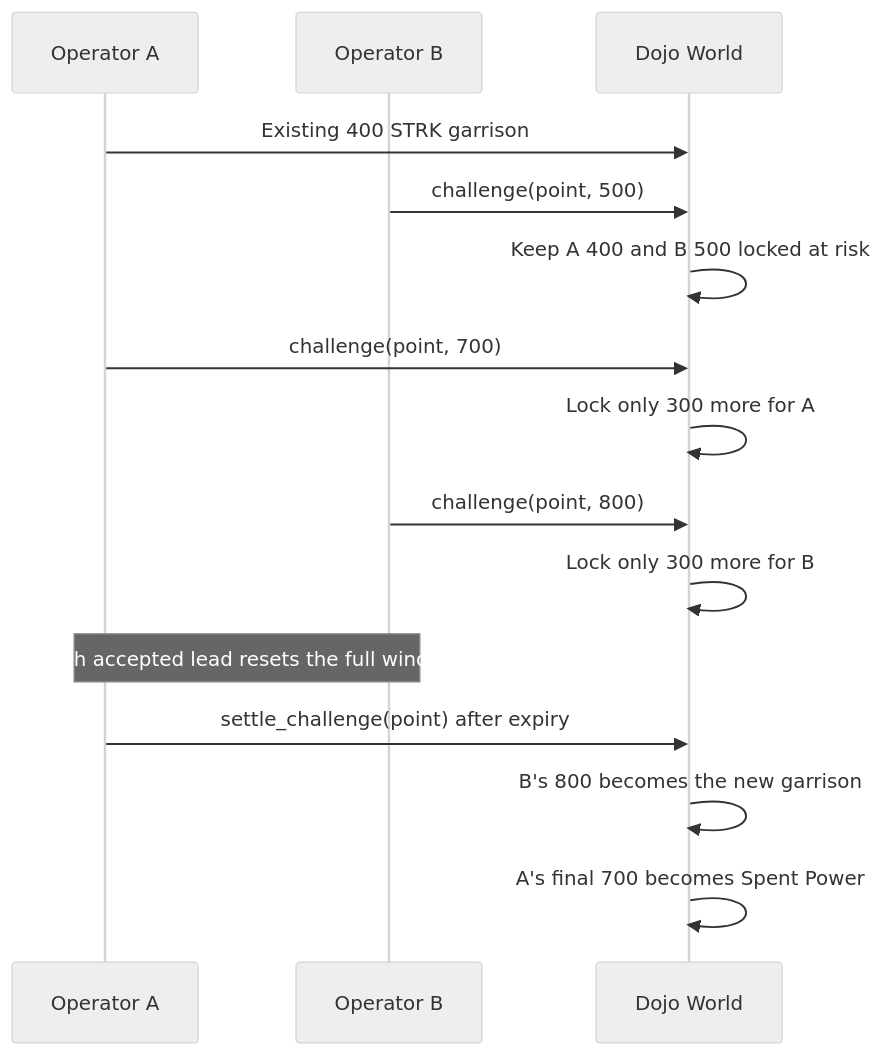
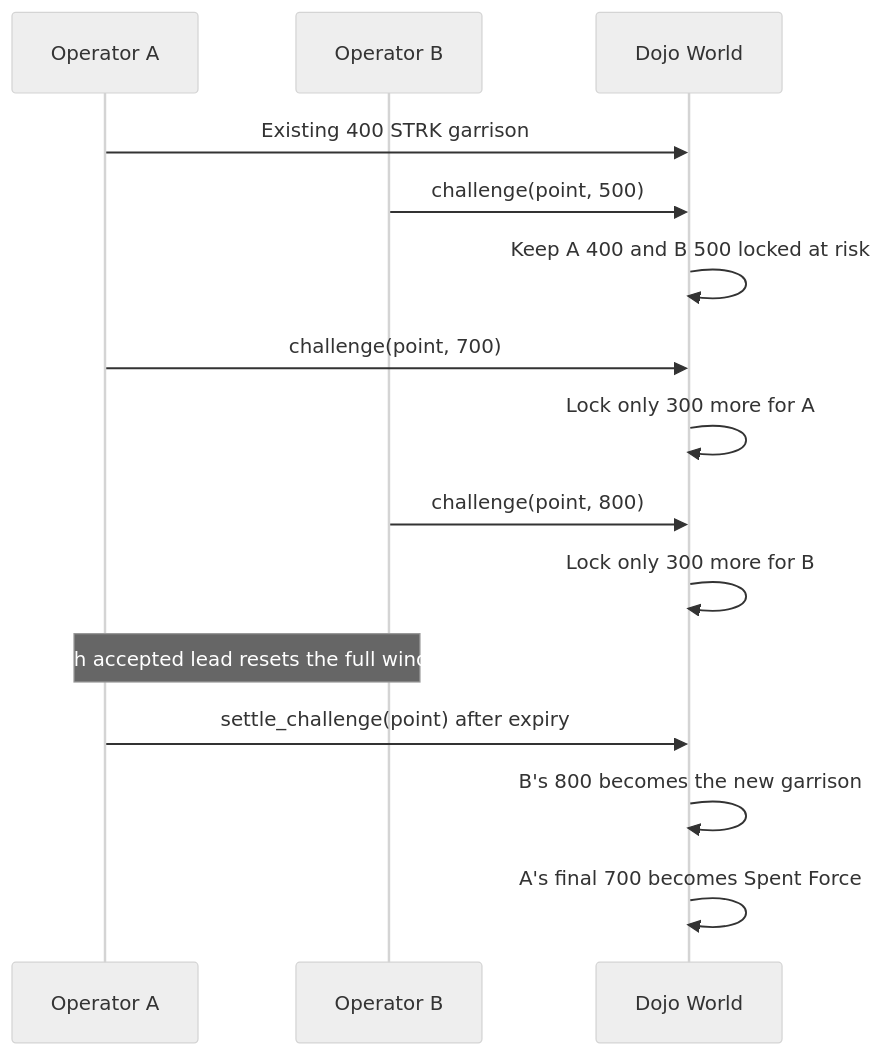
Before and after one commit to broody/stake-wars: the diagram in docs/OPEN_CHALLENGE_FLOW.md, drawn with Mermaid (neutral theme). The commit also changed other lines of this file and 25 other files, not shown here.

Commit message:
refactor: rename gameplay power to force

````diff
--- a/docs/OPEN_CHALLENGE_FLOW.md
+++ b/docs/OPEN_CHALLENGE_FLOW.md
@@ -32,18 +32,18 @@
 ```mermaid
 sequenceDiagram
     participant A as Operator A
     participant B as Operator B
     participant W as Dojo World
 
     A->>W: Existing 400 STRK garrison
     B->>W: challenge(point, 500)
     W->>W: Keep A 400 and B 500 locked at risk
     A->>W: challenge(point, 700)
     W->>W: Lock only 300 more for A
     B->>W: challenge(point, 800)
     W->>W: Lock only 300 more for B
     Note over A,B: Each accepted lead resets the full window
     A->>W: settle_challenge(point) after expiry
     W->>W: B's 800 becomes the new garrison
-    W->>W: A's final 700 becomes Spent Power
+    W->>W: A's final 700 becomes Spent Force
 ```
````
